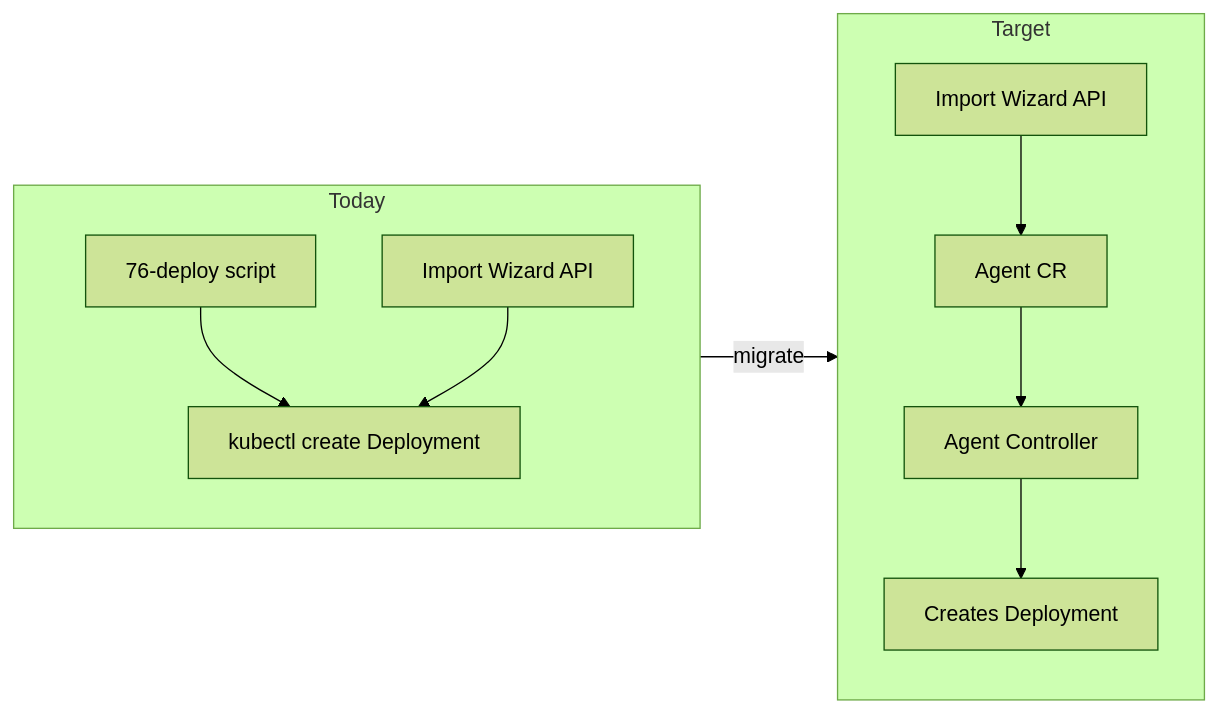
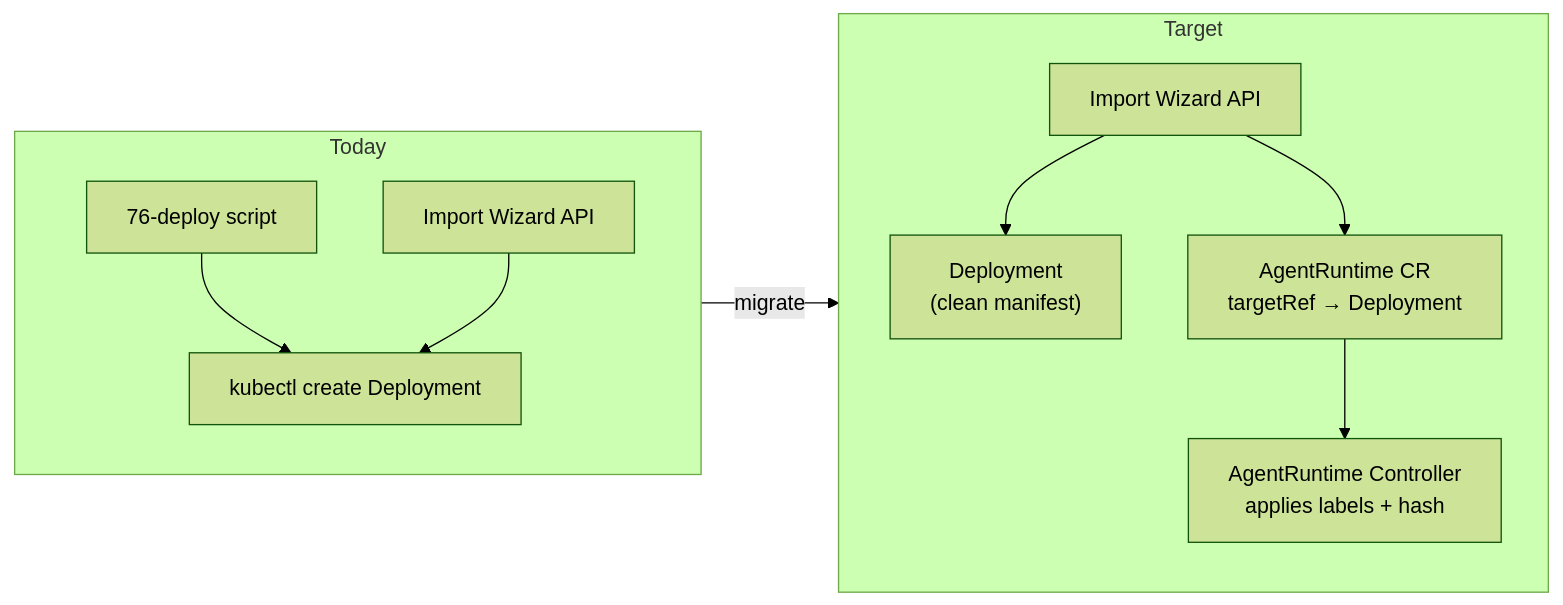
One commit to kagenti/kagenti changed the fourth of 9 diagrams in docs/agentic-runtime/operator-alignment.md. Above: the diagram before and after it, drawn with Mermaid (forest theme). The commit also changed other lines of this file, not shown here.

First line of the commit message:
docs: fix operator alignment — AgentRuntime targets Deployments not Agent CRs

````diff
--- a/docs/agentic-runtime/operator-alignment.md
+++ b/docs/agentic-runtime/operator-alignment.md
@@ -144,15 +236,18 @@
 ```mermaid
 flowchart LR
     subgraph today_deploy["Today"]
         Script["76-deploy script"] --> Deployment["kubectl create Deployment"]
         Wizard["Import Wizard API"] --> Deployment
     end
 
     subgraph target_deploy["Target"]
-        AgentCR["Agent CR"] --> Controller["Agent Controller"]
-        Controller --> Deployment2["Creates Deployment"]
-        WizardCR["Import Wizard API"] --> AgentCR
+        Dep2["Deployment<br/>(clean manifest)"]
+        ARCR["AgentRuntime CR<br/>targetRef → Deployment"]
+        Controller["AgentRuntime Controller<br/>applies labels + hash"]
+        WizardCR["Import Wizard API"] --> Dep2
+        WizardCR --> ARCR
+        ARCR --> Controller
     end
 
     today_deploy --> |"migrate"| target_deploy
 ```
````
